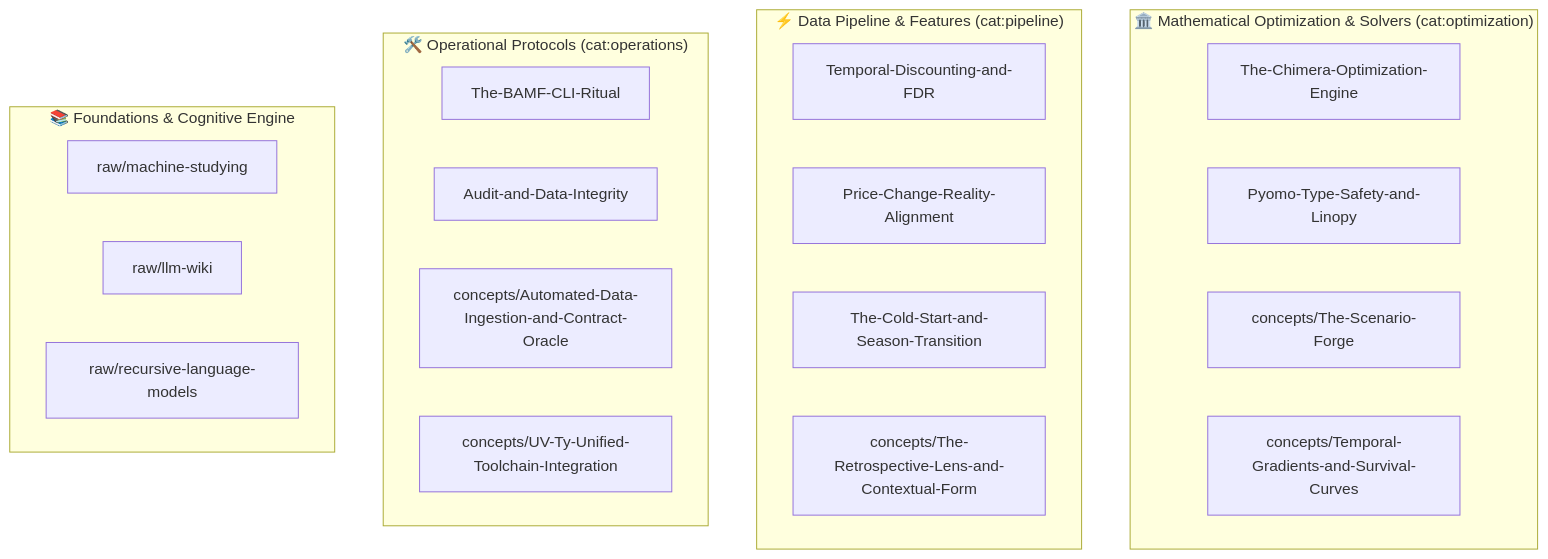
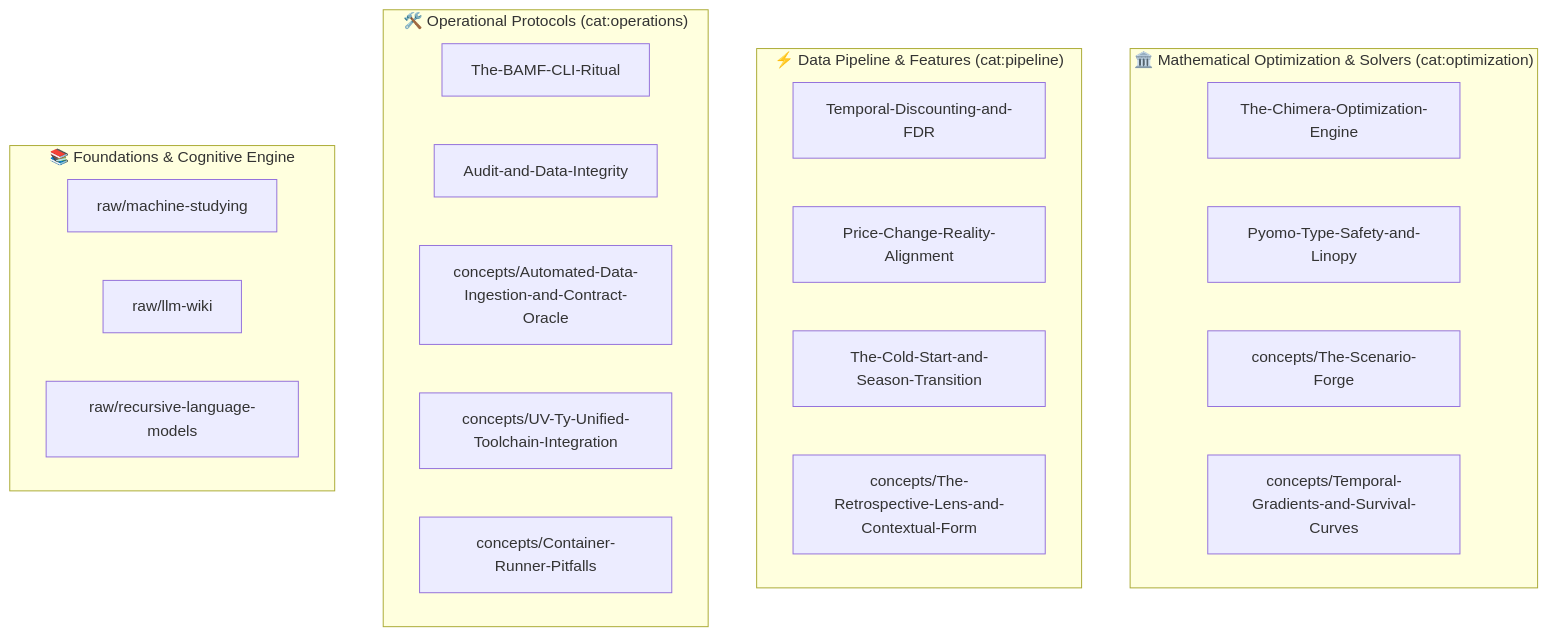
The diagram in .agents/skills/fpl-machine-studying-wiki/wiki/index.md (ianchanning/fpl-dominator), drawn with Mermaid before and after one commit. The commit also changed other lines of this file and 3 other files, not shown here.

````diff
--- a/.agents/skills/fpl-machine-studying-wiki/wiki/index.md
+++ b/.agents/skills/fpl-machine-studying-wiki/wiki/index.md
@@ -3,29 +3,30 @@
 ```mermaid
 graph TD
     subgraph "🏛️ Mathematical Optimization & Solvers (cat:optimization)"
         O1[The-Chimera-Optimization-Engine]
         O2[Pyomo-Type-Safety-and-Linopy]
         O3[concepts/The-Scenario-Forge]
         O4[concepts/Temporal-Gradients-and-Survival-Curves]
     end
 
     subgraph "⚡ Data Pipeline & Features (cat:pipeline)"
         P1[Temporal-Discounting-and-FDR]
         P2[Price-Change-Reality-Alignment]
         P3[The-Cold-Start-and-Season-Transition]
         P4[concepts/The-Retrospective-Lens-and-Contextual-Form]
     end
 
     subgraph "🛠️ Operational Protocols (cat:operations)"
         R1[The-BAMF-CLI-Ritual]
         R2[Audit-and-Data-Integrity]
         R3[concepts/Automated-Data-Ingestion-and-Contract-Oracle]
         R4[concepts/UV-Ty-Unified-Toolchain-Integration]
+        R5[concepts/Container-Runner-Pitfalls]
     end
 
     subgraph "📚 Foundations & Cognitive Engine"
         F1[raw/machine-studying]
         F2[raw/llm-wiki]
         F3[raw/recursive-language-models]
     end
 ```
````
